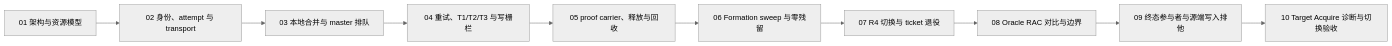
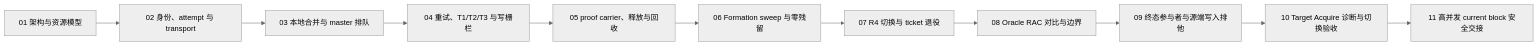
One commit to sqlrush/linkdb changed the first of 2 diagrams in docs/architecture/resource-x/README.md. Above: the diagram before and after it, drawn with Mermaid (neutral theme). The commit also changed other lines of this file and 1 other file, not shown here.

Commit message:
docs(resource-x): explain contention-safe block handoff

````diff
--- a/docs/architecture/resource-x/README.md
+++ b/docs/architecture/resource-x/README.md
@@ -20,12 +20,13 @@
 ```mermaid
 flowchart LR
     A[01 架构与资源模型] --> B[02 身份、attempt 与 transport]
     B --> C[03 本地合并与 master 排队]
     C --> D[04 重试、T1/T2/T3 与写栅栏]
     D --> E[05 proof carrier、释放与回收]
     E --> F[06 Formation sweep 与零残留]
     F --> G[07 R4 切换与 ticket 退役]
     G --> H[08 Oracle RAC 对比与边界]
     H --> I[09 终态参与者与源端写入排他]
     I --> J[10 Target Acquire 诊断与切换验收]
+    J --> K[11 高并发 current block 安全交接]
 ```
````
